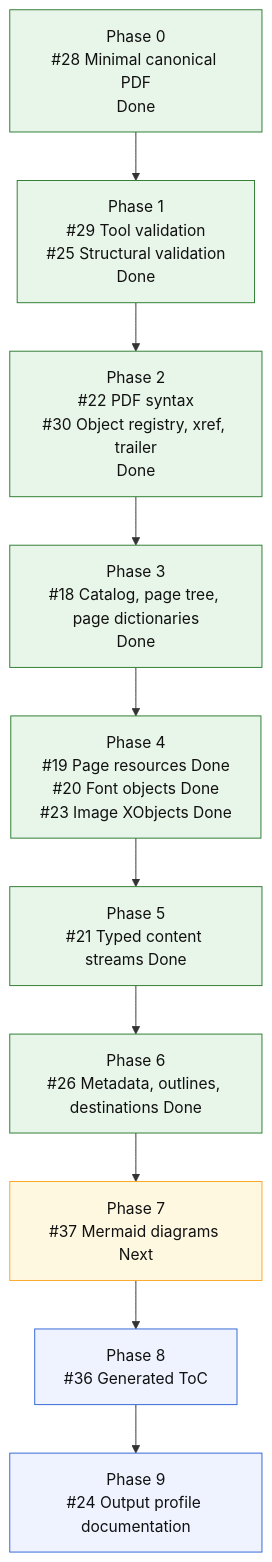
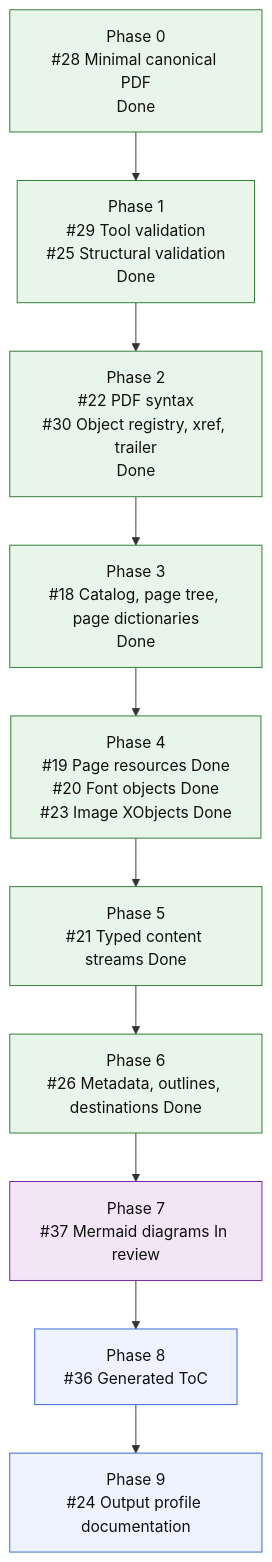
One commit to mihaelamj/MarkdownPDF changed the diagram in README.md. Above: the diagram before and after it, drawn with Mermaid. The commit also changed other lines of this file and 17 other files, not shown here.

First line of the commit message:
feat(pdf): render portable Mermaid flowcharts

````diff
--- a/README.md
+++ b/README.md
@@ -127,24 +127,24 @@
 ```mermaid
 flowchart TD
     P0["Phase 0<br/>#28 Minimal canonical PDF<br/>Done"]
     P1["Phase 1<br/>#29 Tool validation<br/>#25 Structural validation<br/>Done"]
     P2["Phase 2<br/>#22 PDF syntax<br/>#30 Object registry, xref, trailer<br/>Done"]
     P3["Phase 3<br/>#18 Catalog, page tree, page dictionaries<br/>Done"]
     P4["Phase 4<br/>#19 Page resources Done<br/>#20 Font objects Done<br/>#23 Image XObjects Done"]
     P5["Phase 5<br/>#21 Typed content streams Done"]
     P6["Phase 6<br/>#26 Metadata, outlines, destinations Done"]
-    P7["Phase 7<br/>#37 Mermaid diagrams Next"]
+    P7["Phase 7<br/>#37 Mermaid diagrams In review"]
     P8["Phase 8<br/>#36 Generated ToC"]
     P9["Phase 9<br/>#24 Output profile documentation"]
 
     P0 --> P1 --> P2 --> P3 --> P4 --> P5 --> P6 --> P7 --> P8 --> P9
 
     classDef done fill:#e8f5e9,stroke:#2e7d32,color:#111;
     classDef active fill:#e3f2fd,stroke:#1565c0,color:#111;
     classDef review fill:#f3e5f5,stroke:#7b1fa2,color:#111;
     classDef next fill:#fff8e1,stroke:#f9a825,color:#111;
     classDef todo fill:#eef3ff,stroke:#3367d6,color:#111;
     class P0,P1,P2,P3,P4,P5,P6 done;
-    class P7 next;
+    class P7 review;
     class P8,P9 todo;
 ```
````
